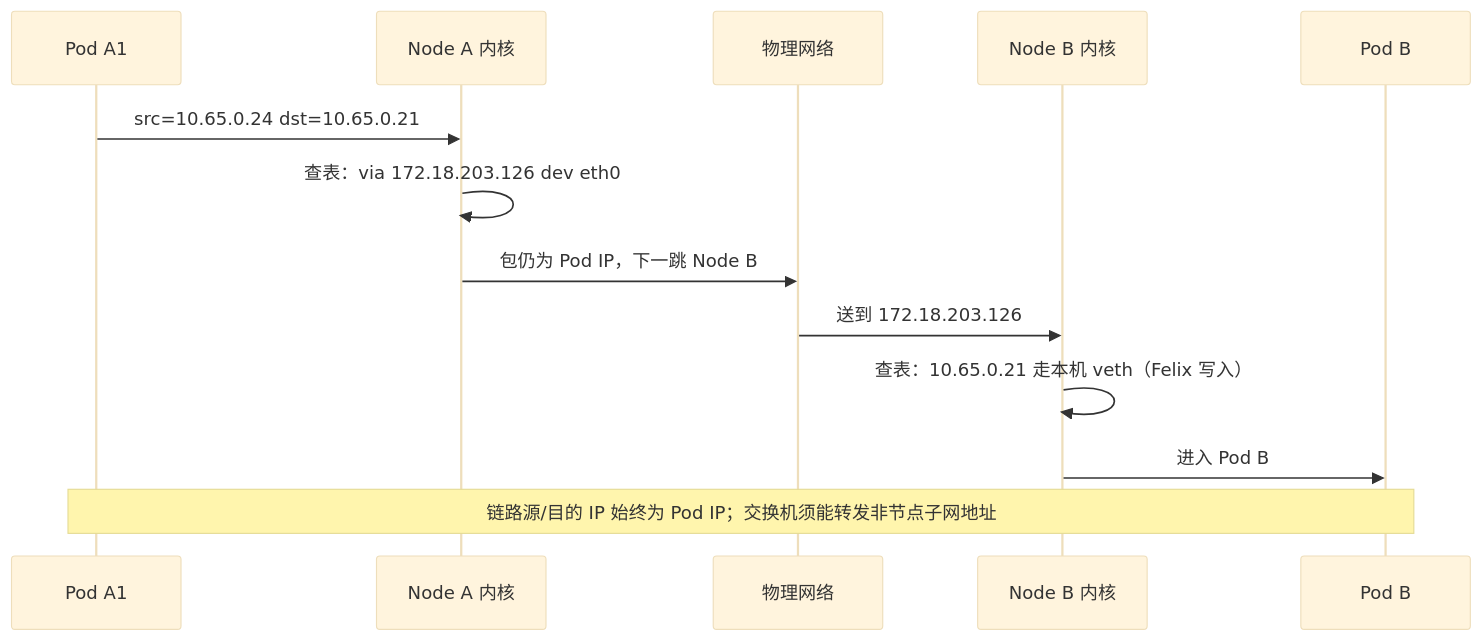
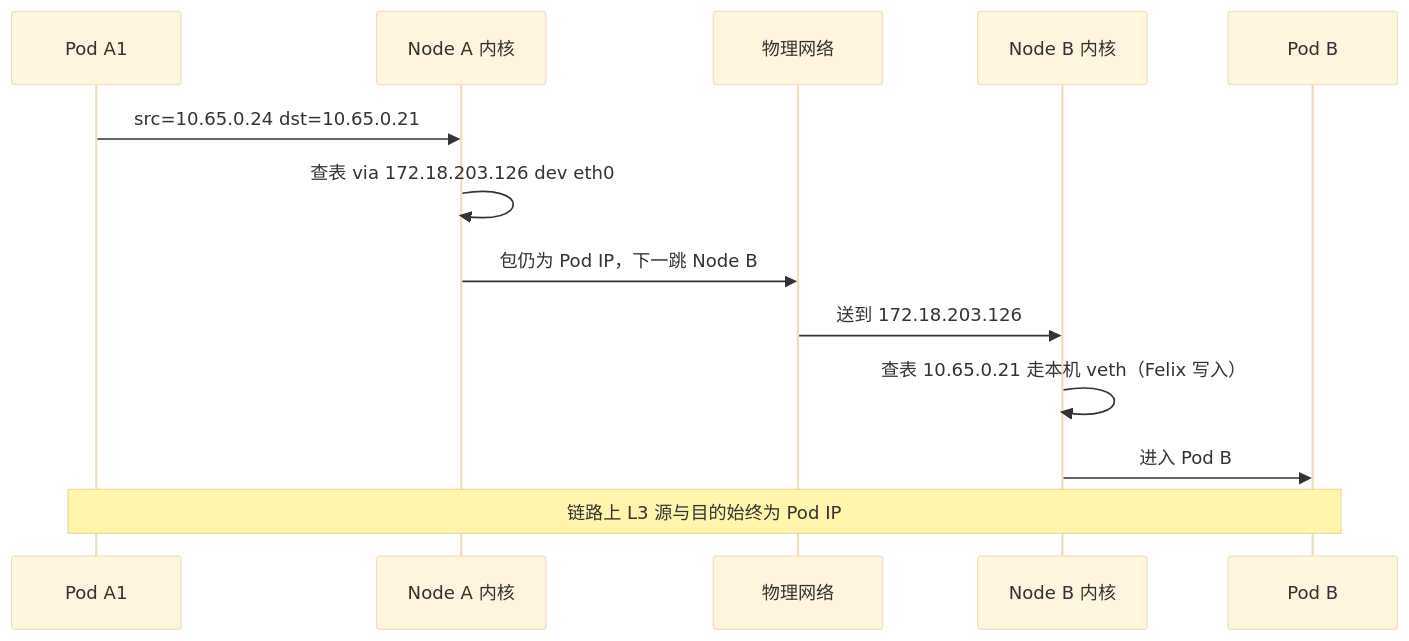
The sixth of 8 diagrams in 20-architecture/24-calico-networking-treatise.md (xiaxinyu/knowledge_base), drawn with Mermaid (base theme) before and after one commit. The commit also changed other lines of this file and 2 other files, not shown here.

````diff
--- a/20-architecture/24-calico-networking-treatise.md
+++ b/20-architecture/24-calico-networking-treatise.md
@@ -290,16 +412,16 @@
 ```mermaid
 sequenceDiagram
   participant A1 as Pod A1
   participant NA as Node A 内核
   participant W as 物理网络
   participant NB as Node B 内核
   participant B as Pod B
 
   A1->>NA: src=10.65.0.24 dst=10.65.0.21
-  NA->>NA: 查表：via 172.18.203.126 dev eth0
+  NA->>NA: 查表 via 172.18.203.126 dev eth0
   NA->>W: 包仍为 Pod IP，下一跳 Node B
   W->>NB: 送到 172.18.203.126
-  NB->>NB: 查表：10.65.0.21 走本机 veth（Felix 写入）
+  NB->>NB: 查表 10.65.0.21 走本机 veth（Felix 写入）
   NB->>B: 进入 Pod B
-  Note over A1,B: 链路源/目的 IP 始终为 Pod IP；交换机须能转发非节点子网地址
+  Note over A1,B: 链路上 L3 源与目的始终为 Pod IP
 ```
````
